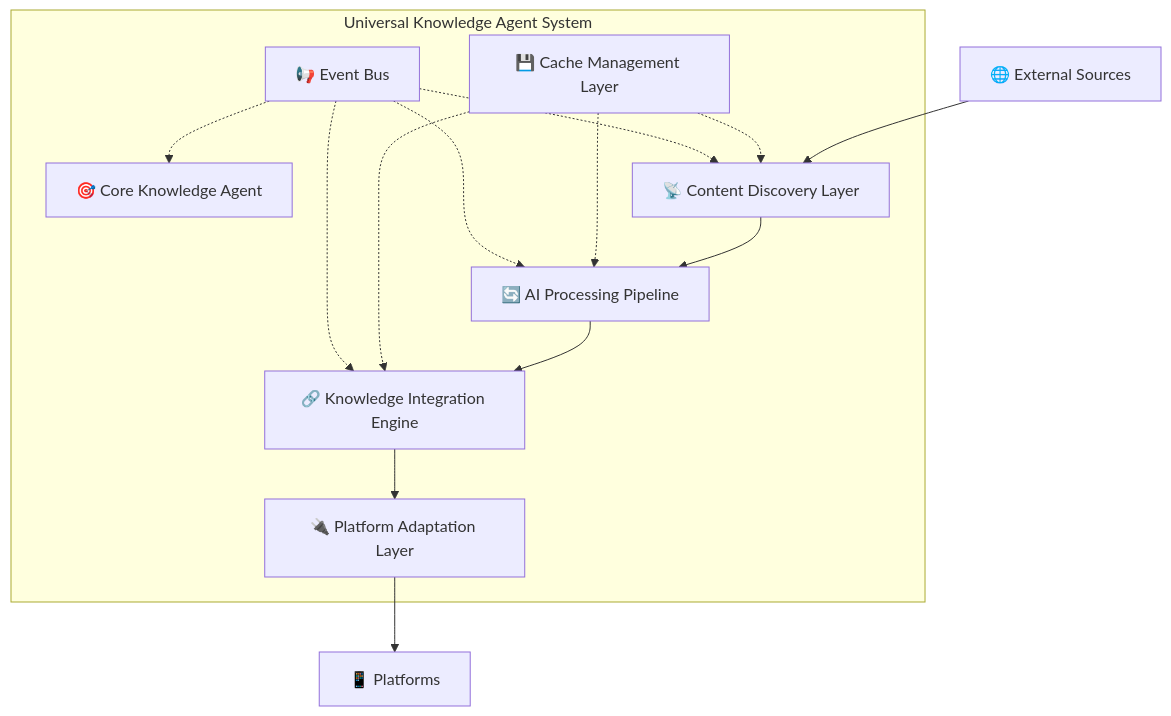
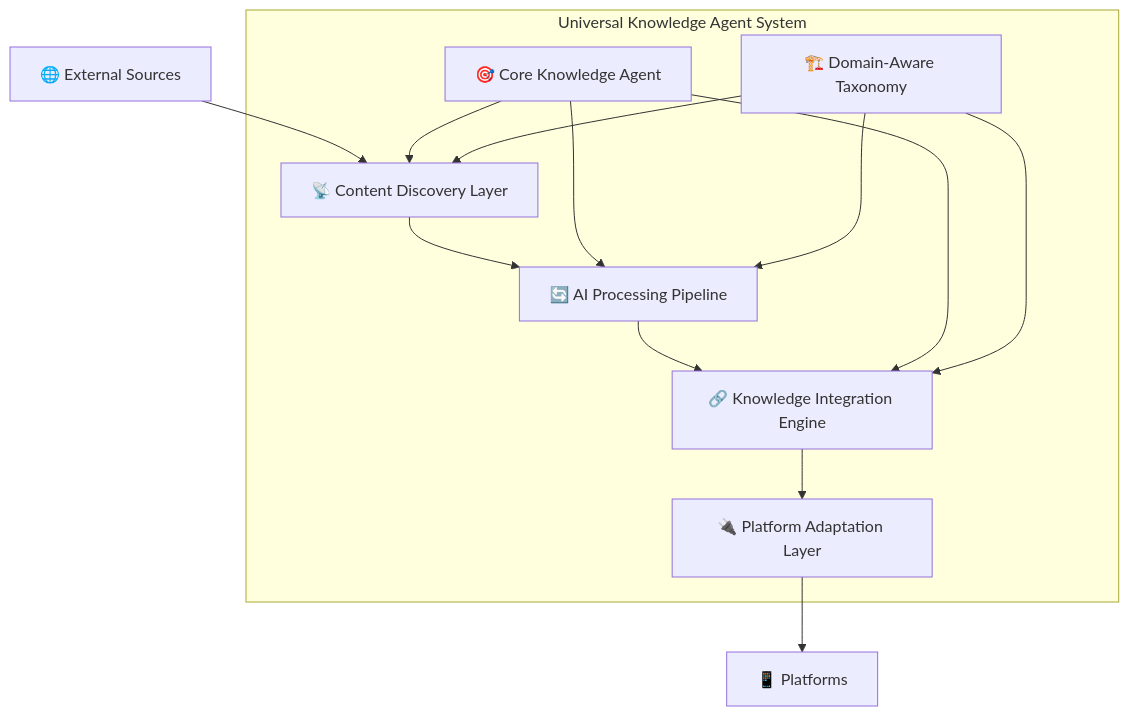
One commit to vitaliy-ostapchuk93/knowledge-agent changed the first of 17 diagrams in docs/05-building-blocks.md. Above: the diagram before and after it, drawn with Mermaid. The commit also changed other lines of this file and 21 other files, not shown here.

````diff
--- a/docs/05-building-blocks.md
+++ b/docs/05-building-blocks.md
@@ -9,27 +11,25 @@
 ```mermaid
 graph TB
     subgraph "Universal Knowledge Agent System"
         CORE["🎯 Core Knowledge Agent"]
         DISCOVERY["📡 Content Discovery Layer"]
         PROCESSING["🔄 AI Processing Pipeline"]
         INTEGRATION["🔗 Knowledge Integration Engine"]
         ADAPTERS["🔌 Platform Adaptation Layer"]
-        CACHE["💾 Cache Management Layer"]
-        EVENTS["📢 Event Bus"]
+        TAXONOMY["🏗️ Domain-Aware Taxonomy"]
     end
 
     EXT["🌐 External Sources"] --> DISCOVERY
     DISCOVERY --> PROCESSING
     PROCESSING --> INTEGRATION
     INTEGRATION --> ADAPTERS
     ADAPTERS --> PLATFORMS["📱 Platforms"]
 
-    CACHE -.-> DISCOVERY
-    CACHE -.-> PROCESSING
-    CACHE -.-> INTEGRATION
+    CORE --> DISCOVERY
+    CORE --> PROCESSING
+    CORE --> INTEGRATION
 
-    EVENTS -.-> CORE
-    EVENTS -.-> DISCOVERY
-    EVENTS -.-> PROCESSING
-    EVENTS -.-> INTEGRATION
+    TAXONOMY --> DISCOVERY
+    TAXONOMY --> PROCESSING
+    TAXONOMY --> INTEGRATION
 ```
````
